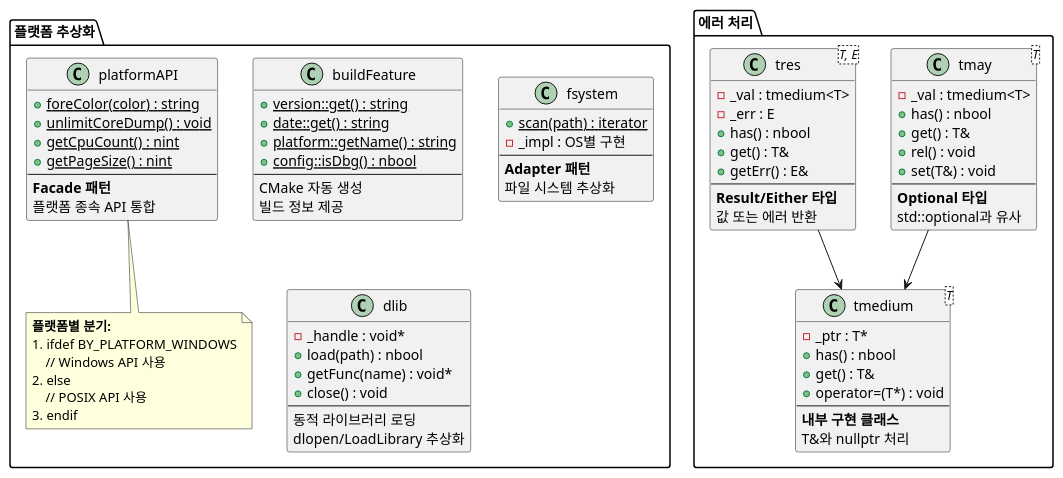
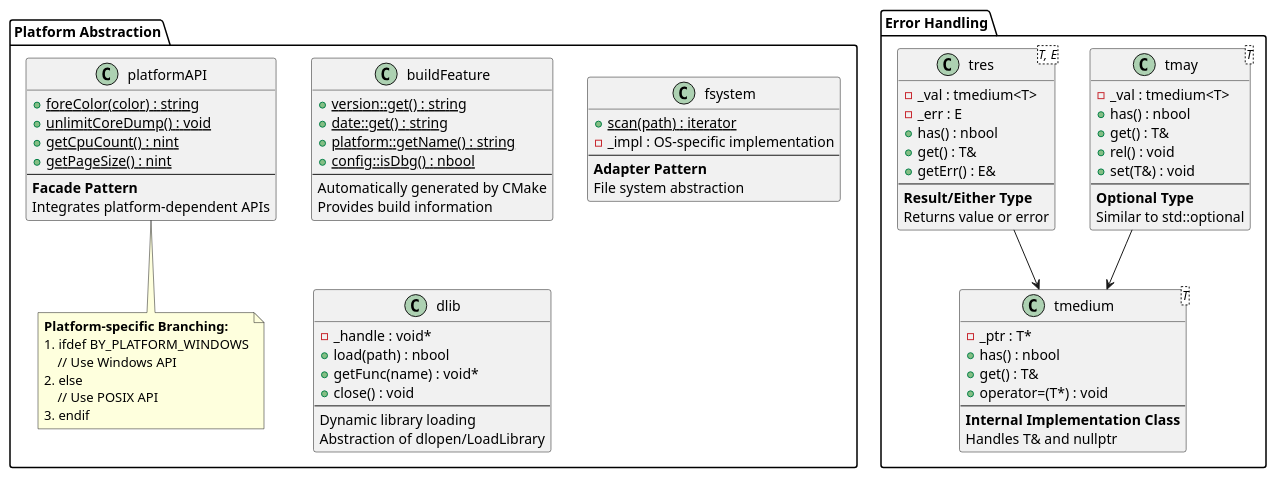
Before and after one commit to byeolang/byeol: the first of 2 diagrams in doc/ref/ko/ad-architecture-indep.md, drawn with PlantUML. The commit also changed other lines of this file and 5 other files, not shown here.

First line of the commit message:
docs: translate Korean to English in PlantUML blocks

```diff
--- a/doc/ref/ko/ad-architecture-indep.md
+++ b/doc/ref/ko/ad-architecture-indep.md
@@ -11,5 +11,5 @@
 @startuml
-package "에러 처리" {
+package "Error Handling" {
   class "tmay<T>" as tmay {
     - _val : tmedium<T>
     + has() : nbool
@@ -17,8 +17,8 @@
     + rel() : void
     + set(T&) : void
     --
-    <b>Optional 타입</b>
-    std::optional과 유사
+    <b>Optional Type</b>
+    Similar to std::optional
   }
 
   class "tres<T, E>" as tres {
@@ -28,8 +28,8 @@
     + get() : T&
     + getErr() : E&
     --
-    <b>Result/Either 타입</b>
-    값 또는 에러 반환
+    <b>Result/Either Type</b>
+    Returns value or error
   }
 
   class "tmedium<T>" as tmedium {
@@ -38,20 +38,20 @@
     + get() : T&
     + operator=(T*) : void
     --
-    <b>내부 구현 클래스</b>
-    T&와 nullptr 처리
+    <b>Internal Implementation Class</b>
+    Handles T& and nullptr
   }
 }
 
-package "플랫폼 추상화" {
+package "Platform Abstraction" {
   class platformAPI {
     + {static} foreColor(color) : string
     + {static} unlimitCoreDump() : void
     + {static} getCpuCount() : nint
     + {static} getPageSize() : nint
     --
-    <b>Facade 패턴</b>
-    플랫폼 종속 API 통합
+    <b>Facade Pattern</b>
+    Integrates platform-dependent APIs
   }
 
   class buildFeature {
@@ -60,16 +60,16 @@
     + {static} platform::getName() : string
     + {static} config::isDbg() : nbool
     --
-    CMake 자동 생성
-    빌드 정보 제공
+    Automatically generated by CMake
+    Provides build information
   }
 
   class fsystem {
     + {static} scan(path) : iterator
-    - _impl : OS별 구현
+    - _impl : OS-specific implementation
     --
-    <b>Adapter 패턴</b>
-    파일 시스템 추상화
+    <b>Adapter Pattern</b>
+    File system abstraction
   }
 
   class dlib {
@@ -78,16 +78,16 @@
     + getFunc(name) : void*
     + close() : void
     --
-    동적 라이브러리 로딩
-    dlopen/LoadLibrary 추상화
+    Dynamic library loading
+    Abstraction of dlopen/LoadLibrary
   }
 
   note bottom of platformAPI
-    <b>플랫폼별 분기:</b>
+    <b>Platform-specific Branching:</b>
     #ifdef BY_PLATFORM_WINDOWS
-        // Windows API 사용
+        // Use Windows API
     #else
-        // POSIX API 사용
+        // Use POSIX API
     #endif
   end note
 }
```
